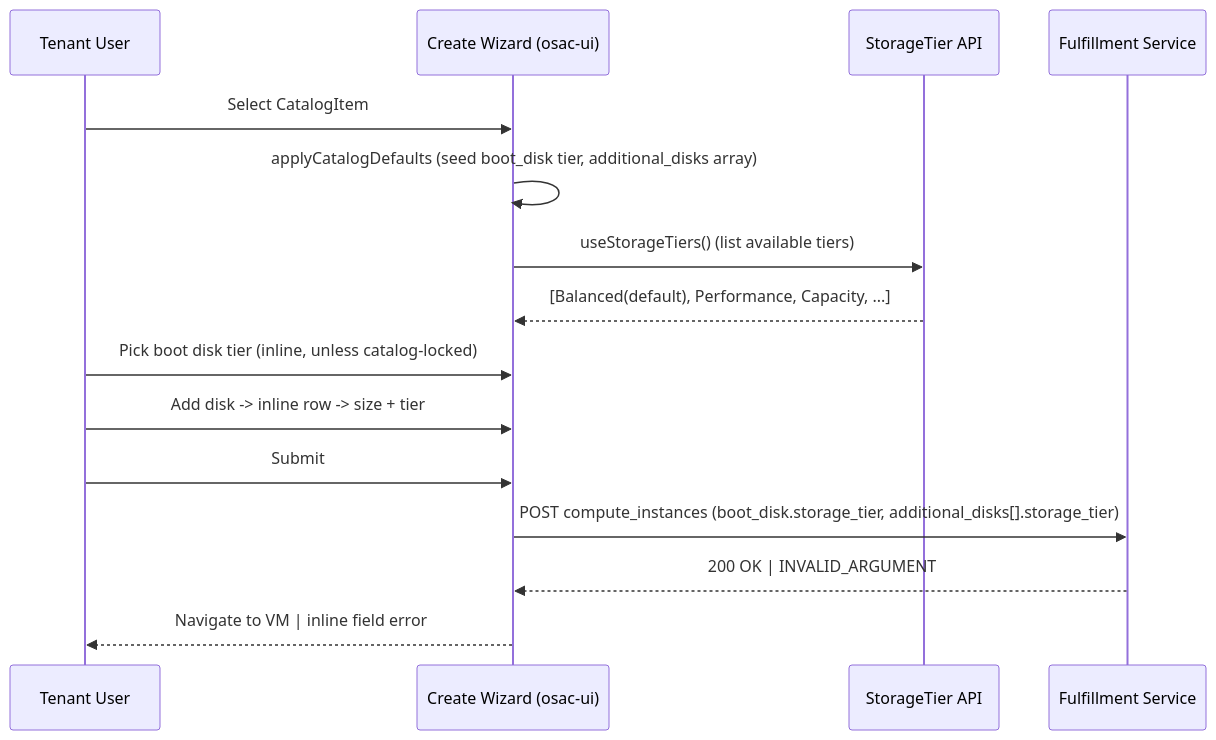
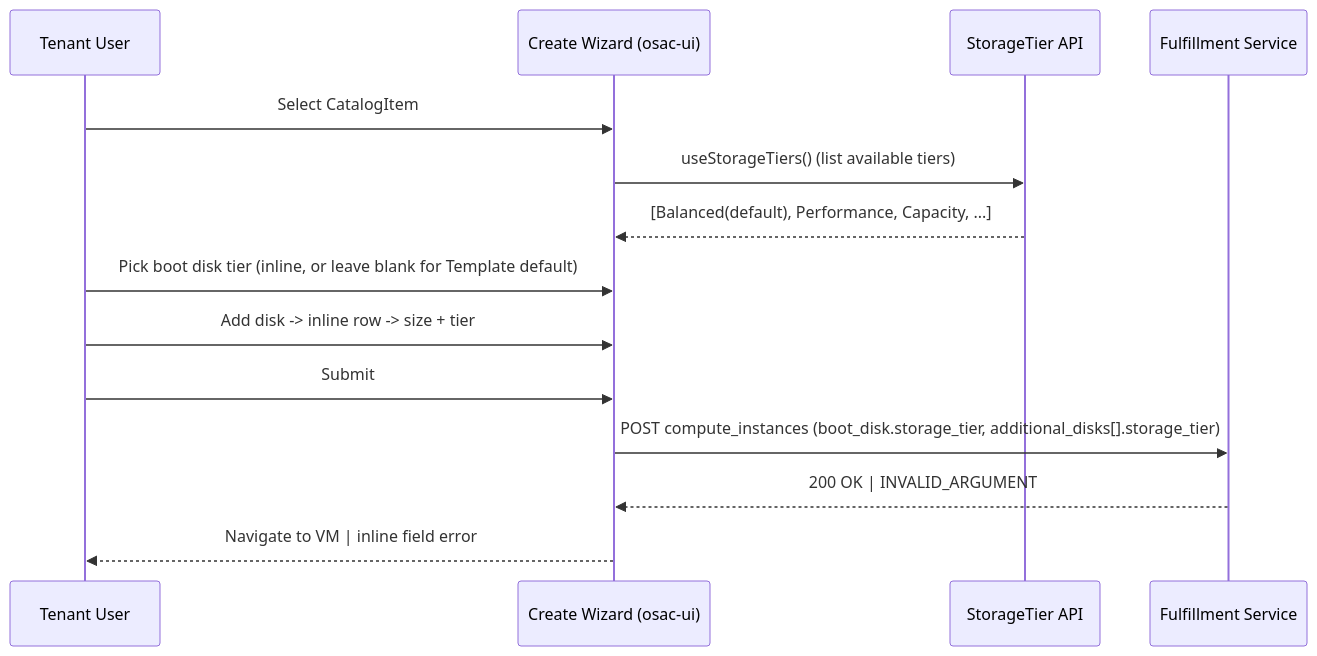
One commit to osac-project/enhancement-proposals changed the diagram in enhancements/OSAC-1710-storage-tier-selection/ui-design.md. Above: the diagram before and after it, drawn with Mermaid. The commit also changed other lines of this file and 11 other files, not shown here.

````diff
--- a/enhancements/OSAC-1710-storage-tier-selection/ui-design.md
+++ b/enhancements/OSAC-1710-storage-tier-selection/ui-design.md
@@ -144,18 +143,17 @@
 ```mermaid
 sequenceDiagram
     participant U as Tenant User
     participant W as Create Wizard (osac-ui)
     participant ST as StorageTier API
     participant FS as Fulfillment Service
 
     U->>W: Select CatalogItem
-    W->>W: applyCatalogDefaults (seed boot_disk tier, additional_disks array)
     W->>ST: useStorageTiers() (list available tiers)
     ST-->>W: [Balanced(default), Performance, Capacity, ...]
-    U->>W: Pick boot disk tier (inline, unless catalog-locked)
+    U->>W: Pick boot disk tier (inline, or leave blank for Template default)
     U->>W: Add disk -> inline row -> size + tier
     U->>W: Submit
     W->>FS: POST compute_instances (boot_disk.storage_tier, additional_disks[].storage_tier)
     FS-->>W: 200 OK | INVALID_ARGUMENT
     W-->>U: Navigate to VM | inline field error
 ```
````
